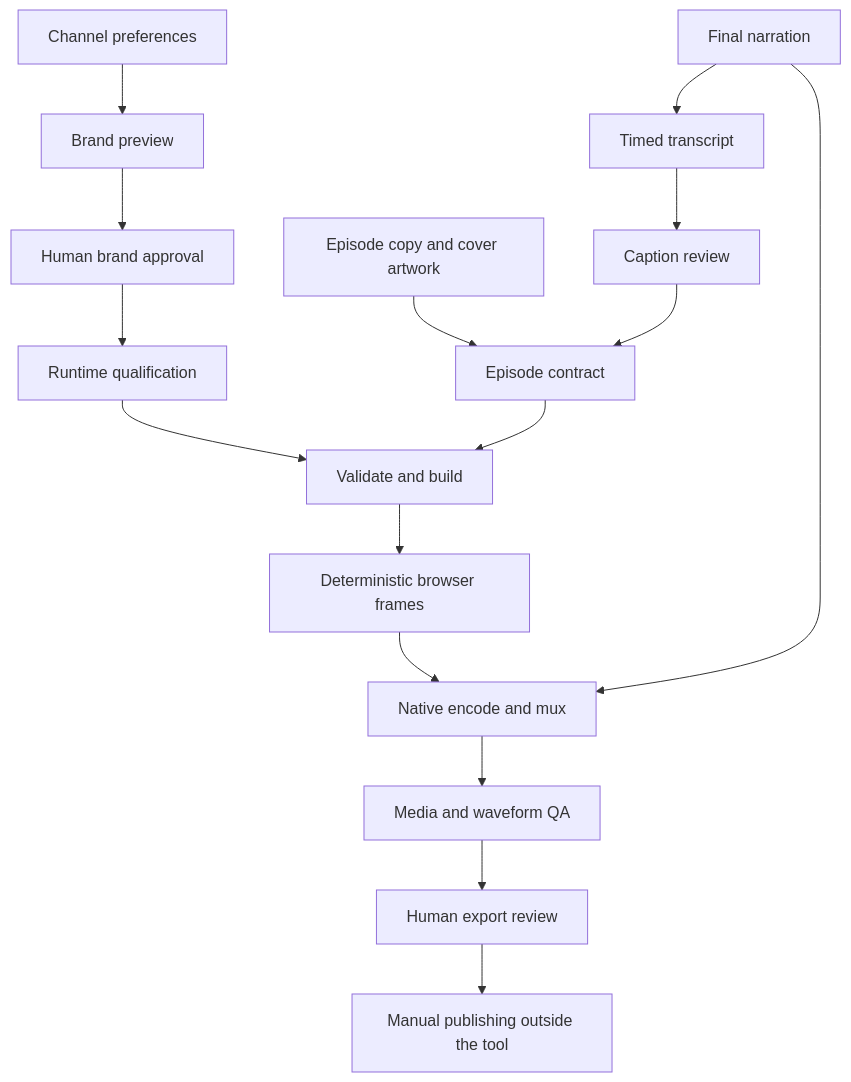
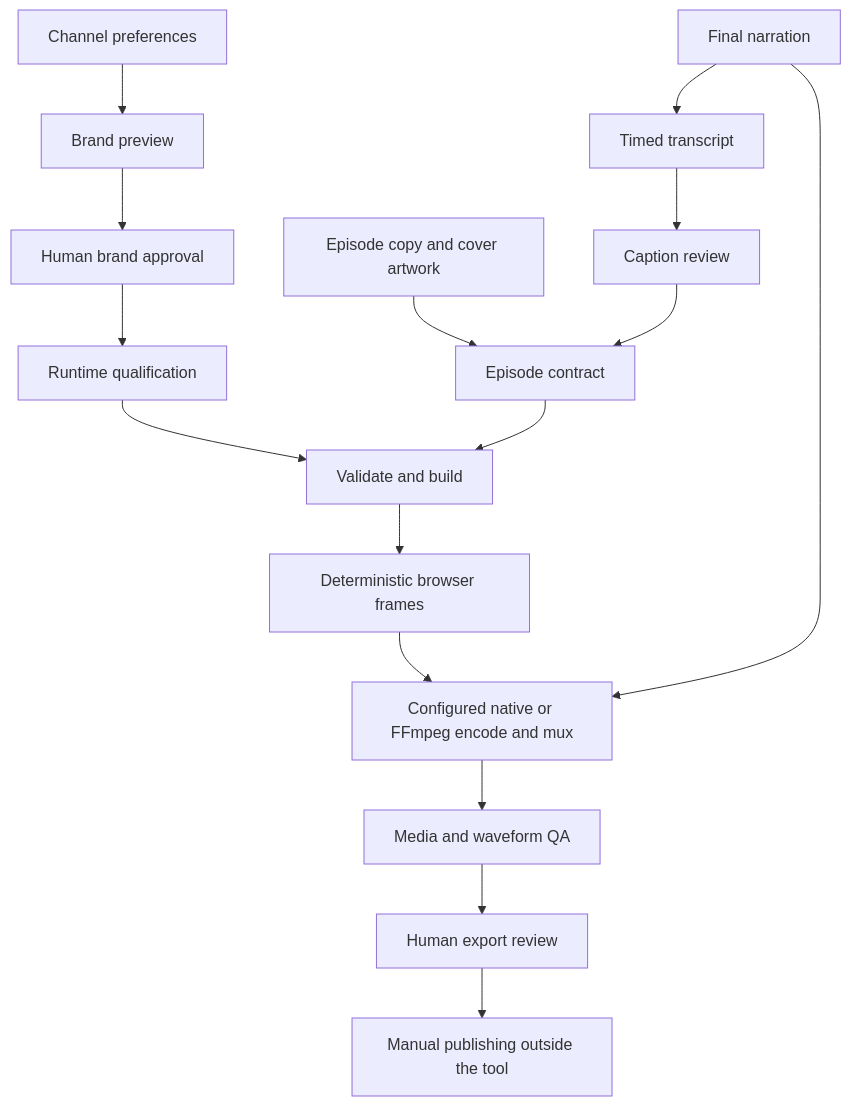
Before and after one commit to andersonkevin/YouTubeShortCreator: the diagram in docs/ARCHITECTURE.md, drawn with Mermaid. The commit also changed other lines of this file and 47 other files, not shown here.

````diff
--- a/docs/ARCHITECTURE.md
+++ b/docs/ARCHITECTURE.md
@@ -12,18 +12,18 @@
 ```mermaid
 flowchart TD
     A[Channel preferences] --> B[Brand preview]
     B --> C[Human brand approval]
     C --> D[Runtime qualification]
     E[Final narration] --> F[Timed transcript]
     F --> G[Caption review]
     H[Episode copy and cover artwork] --> I[Episode contract]
     G --> I
     D --> J[Validate and build]
     I --> J
     J --> K[Deterministic browser frames]
-    K --> L[Native encode and mux]
+    K --> L[Configured native or FFmpeg encode and mux]
     E --> L
     L --> M[Media and waveform QA]
     M --> N[Human export review]
     N --> O[Manual publishing outside the tool]
 ```
````
